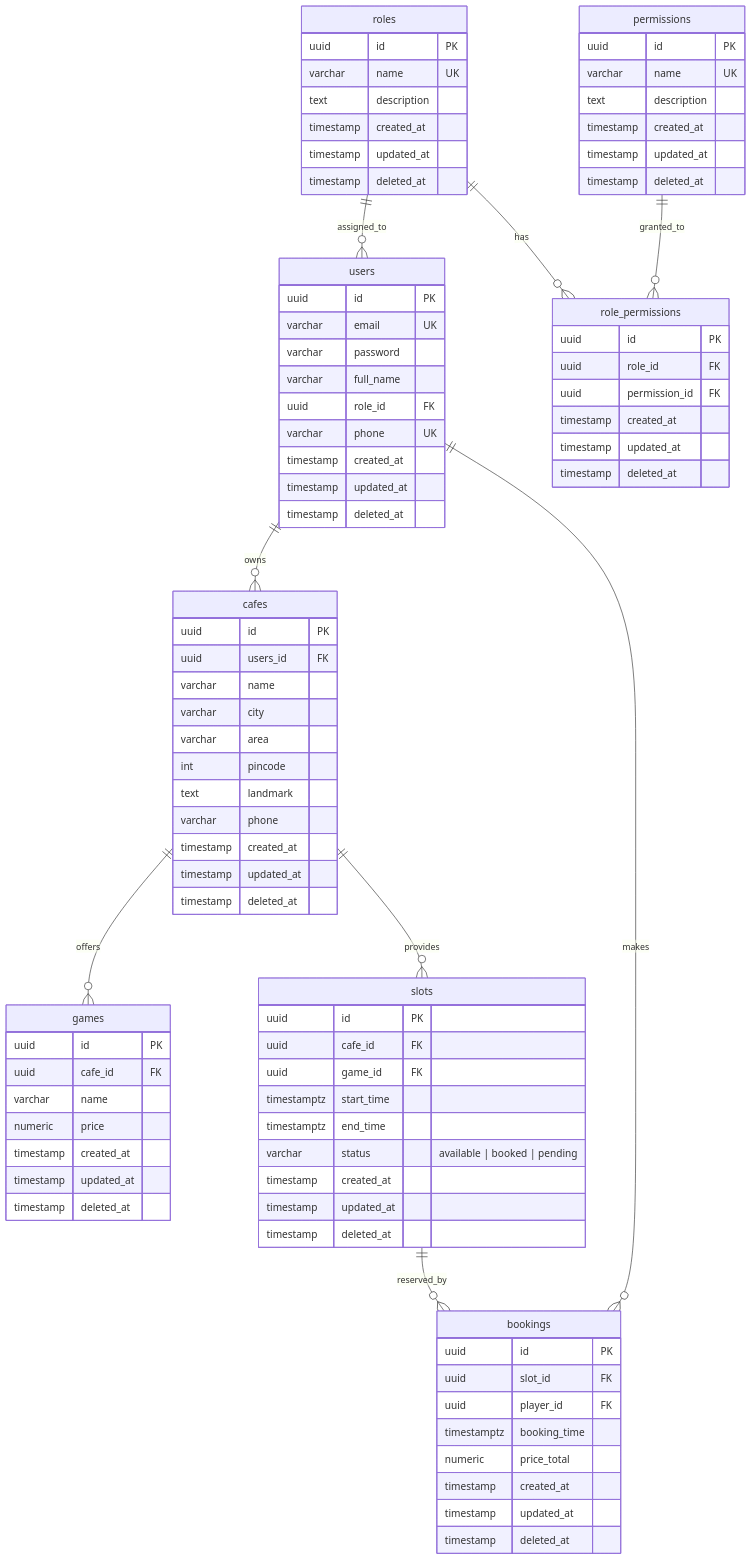
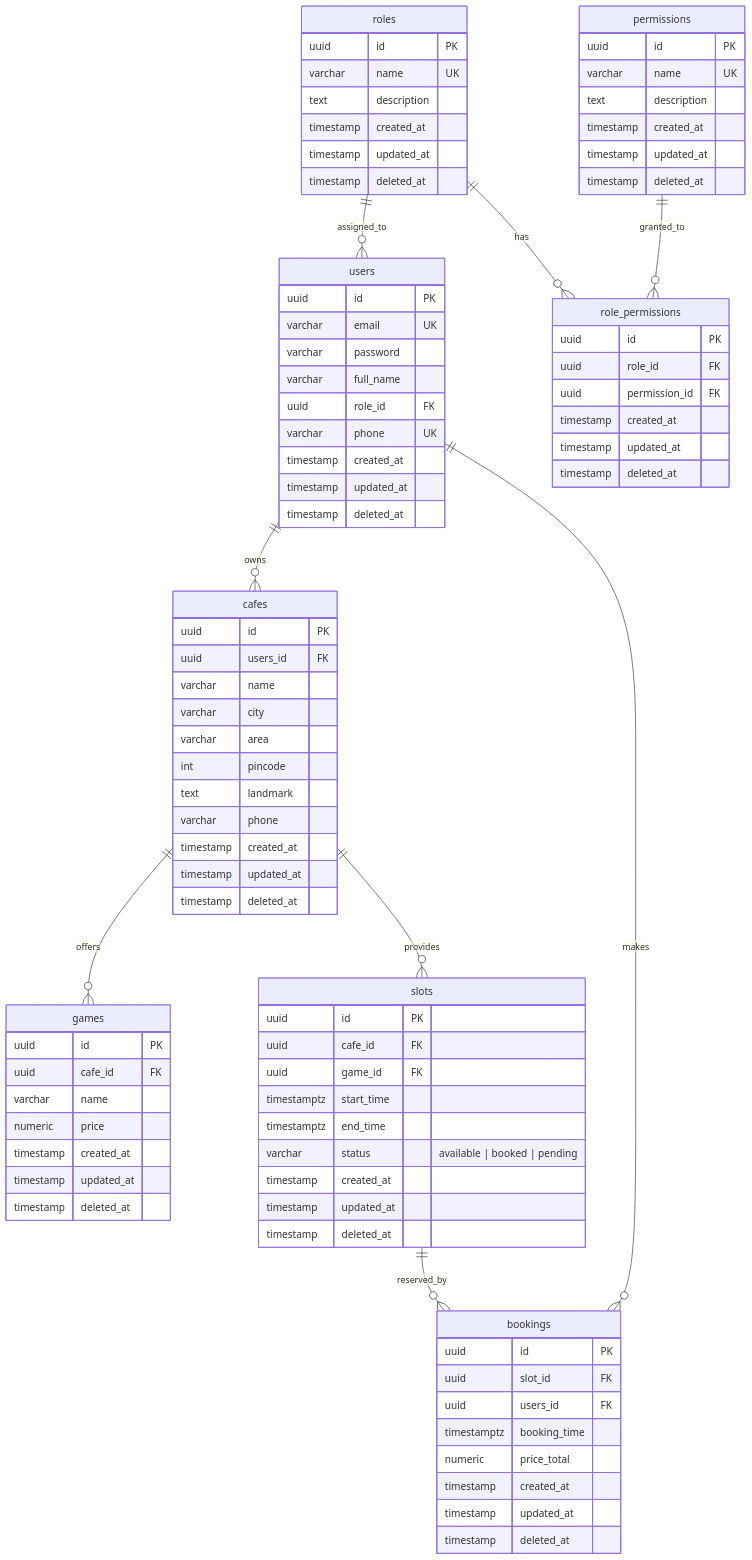
One commit to yuvrajsingh-Gkmit/gamegrid-docs changed the third of 8 diagrams in docs/index.md. Above: the diagram before and after it, drawn with Mermaid. The commit also changed other lines of this file, not shown here.

```diff
--- a/docs/index.md
+++ b/docs/index.md
@@ -308,7 +305,7 @@
 bookings {
     uuid id PK
     uuid slot_id FK
-    uuid player_id FK
+    uuid users_id FK
     timestamptz booking_time
     numeric price_total
     timestamp created_at
```
